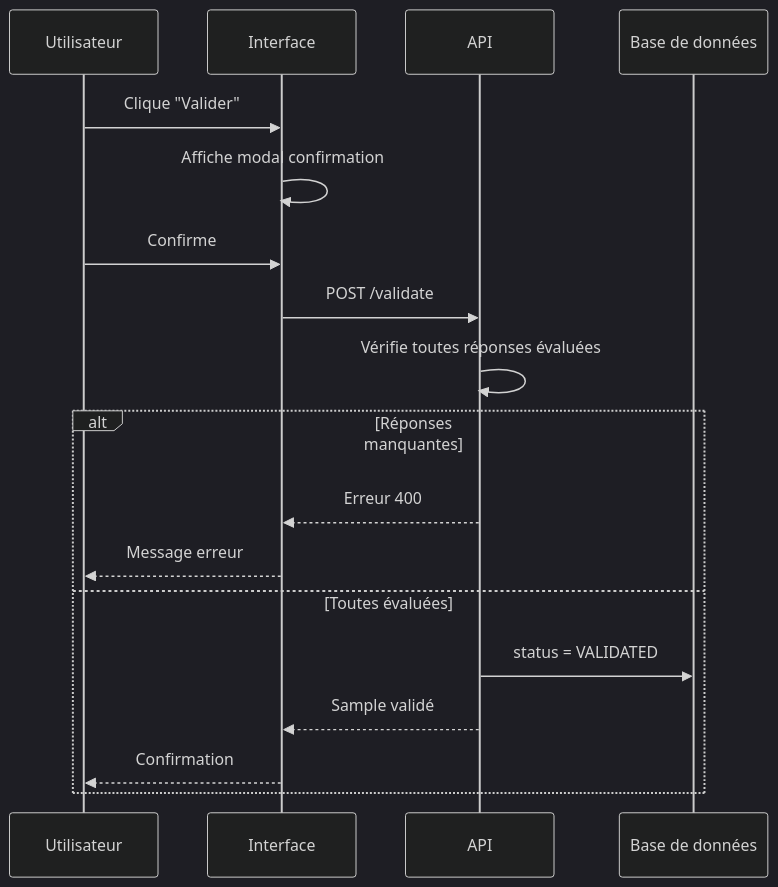
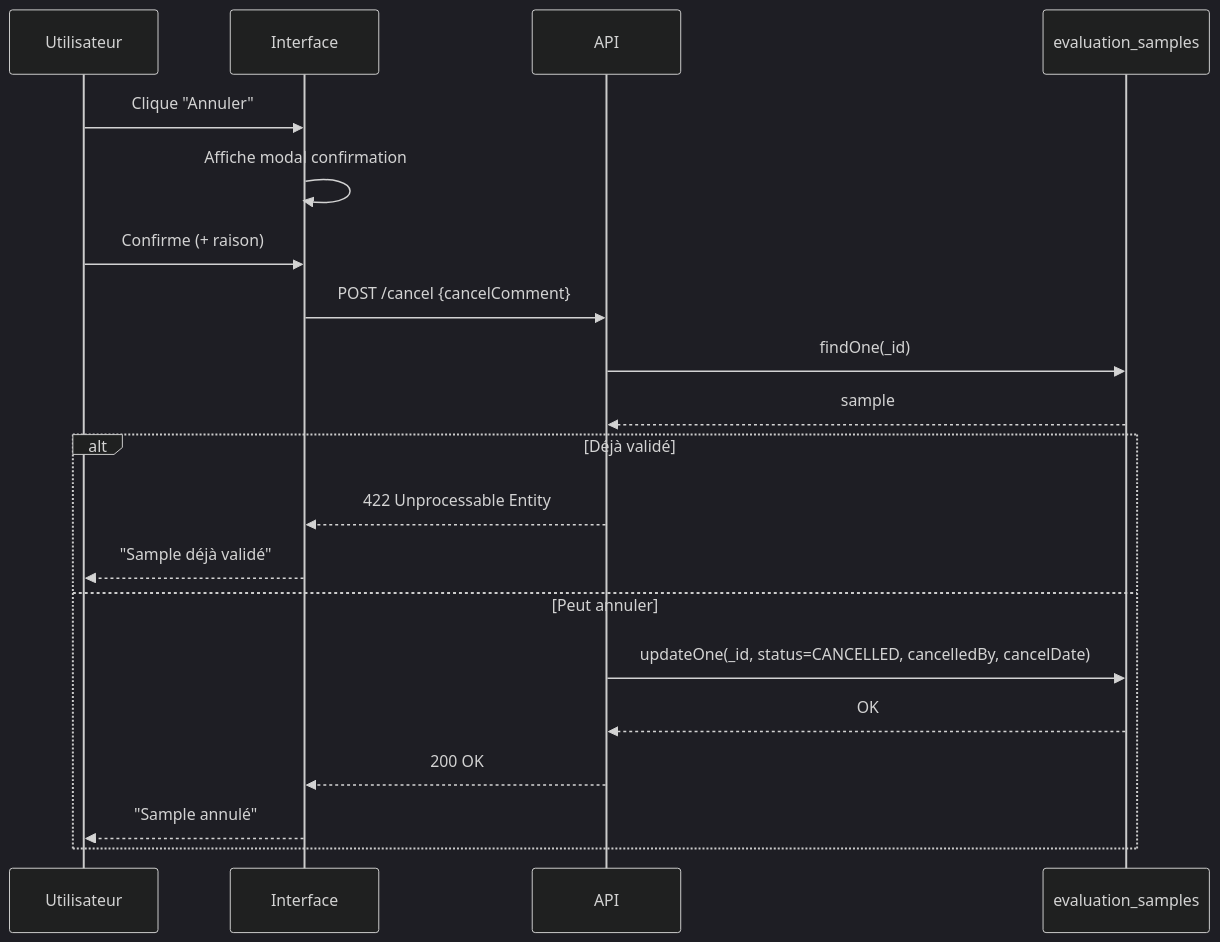
Before and after one commit to CreditMutuelArkea/tock: the seventh of 7 diagrams in docs/design/bot-evaluation/TECHNICAL.md, drawn with Mermaid (dark theme). The commit also changed other lines of this file and 4 other files, not shown here.

````diff
--- a/docs/design/bot-evaluation/TECHNICAL.md
+++ b/docs/design/bot-evaluation/TECHNICAL.md
@@ -252,22 +425,26 @@
 ```mermaid
 sequenceDiagram
     participant U as Utilisateur
     participant UI as Interface
     participant API as API
-    participant DB as Base de données
+    participant Samples as evaluation_samples
 
-    U->>UI: Clique "Valider"
+    U->>UI: Clique "Annuler"
     UI->>UI: Affiche modal confirmation
-    U->>UI: Confirme
-    UI->>API: POST /validate
-    API->>API: Vérifie toutes réponses évaluées
+    U->>UI: Confirme (+ raison)
     
-    alt Réponses manquantes
-        API-->>UI: Erreur 400
-        UI-->>U: Message erreur
-    else Toutes évaluées
-        API->>DB: status = VALIDATED
-        API-->>UI: Sample validé
-        UI-->>U: Confirmation
+    UI->>API: POST /cancel {cancelComment}
+    
+    API->>Samples: findOne(_id)
+    Samples-->>API: sample
+    
+    alt Déjà validé
+        API-->>UI: 422 Unprocessable Entity
+        UI-->>U: "Sample déjà validé"
+    else Peut annuler
+        API->>Samples: updateOne(_id, status=CANCELLED, cancelledBy, cancelDate)
+        Samples-->>API: OK
+        API-->>UI: 200 OK
+        UI-->>U: "Sample annulé"
     end
 ```
````
